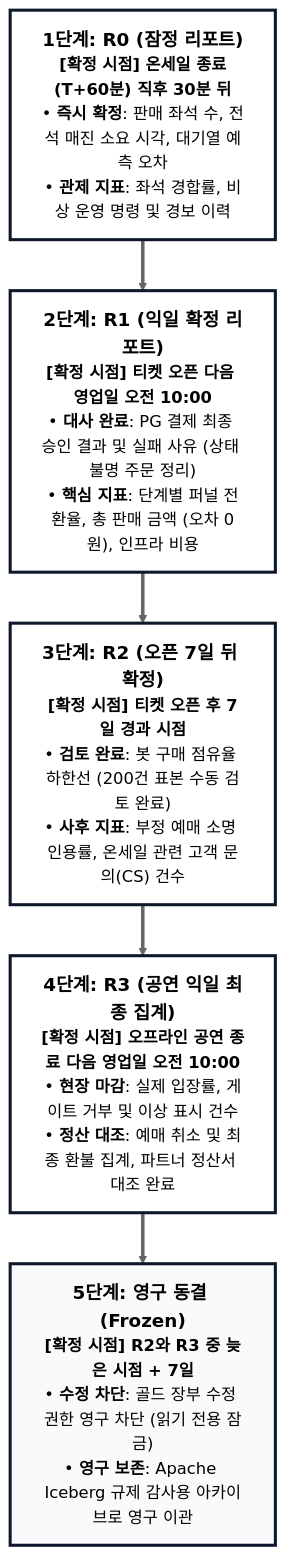
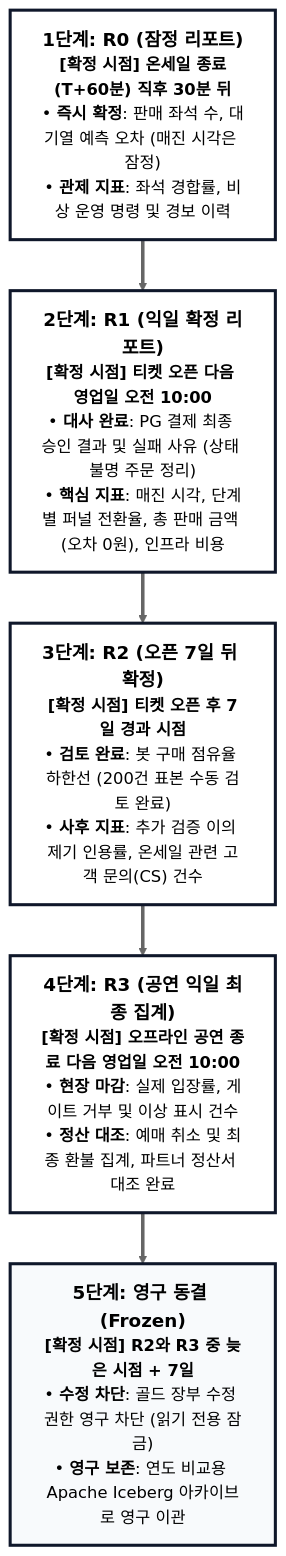
Before and after one commit to peaket/peaket: the first of 5 diagrams in guide/15-analytics-and-decisions.md, drawn with Mermaid (neutral theme). The commit also changed other lines of this file and 111 other files, not shown here.

````diff
--- a/guide/15-analytics-and-decisions.md
+++ b/guide/15-analytics-and-decisions.md
@@ -79,19 +79,19 @@
 ```mermaid
 flowchart TD
-    R0["<font size='4' color='#000000'><b>1단계: R0 (잠정 리포트)</b></font><br/><font size='3' color='#000000'><b>[확정 시점] 온세일 종료(T+60분) 직후 30분 뒤</b><br/>• <b>즉시 확정</b>: 판매 좌석 수, 전석 매진 소요 시각, 대기열 예측 오차<br/>• <b>관제 지표</b>: 좌석 경합률, 비상 운영 명령 및 경보 이력</font>"]
+    R0["<font size='4' color='#000000'><b>1단계: R0 (잠정 리포트)</b></font><br/><font size='3' color='#000000'><b>[확정 시점] 온세일 종료(T+60분) 직후 30분 뒤</b><br/>• <b>즉시 확정</b>: 판매 좌석 수, 대기열 예측 오차 (매진 시각은 잠정)<br/>• <b>관제 지표</b>: 좌석 경합률, 비상 운영 명령 및 경보 이력</font>"]
     
-    R1["<font size='4' color='#000000'><b>2단계: R1 (익일 확정 리포트)</b></font><br/><font size='3' color='#000000'><b>[확정 시점] 티켓 오픈 다음 영업일 오전 10:00</b><br/>• <b>대사 완료</b>: PG 결제 최종 승인 결과 및 실패 사유 (상태 불명 주문 정리)<br/>• <b>핵심 지표</b>: 단계별 퍼널 전환율, 총 판매 금액 (오차 0원), 인프라 비용</font>"]
+    R1["<font size='4' color='#000000'><b>2단계: R1 (익일 확정 리포트)</b></font><br/><font size='3' color='#000000'><b>[확정 시점] 티켓 오픈 다음 영업일 오전 10:00</b><br/>• <b>대사 완료</b>: PG 결제 최종 승인 결과 및 실패 사유 (상태 불명 주문 정리)<br/>• <b>핵심 지표</b>: 매진 시각, 단계별 퍼널 전환율, 총 판매 금액 (오차 0원), 인프라 비용</font>"]
     
-    R2["<font size='4' color='#000000'><b>3단계: R2 (오픈 7일 뒤 확정)</b></font><br/><font size='3' color='#000000'><b>[확정 시점] 티켓 오픈 후 7일 경과 시점</b><br/>• <b>검토 완료</b>: 봇 구매 점유율 하한선 (200건 표본 수동 검토 완료)<br/>• <b>사후 지표</b>: 부정 예매 소명 인용률, 온세일 관련 고객 문의(CS) 건수</font>"]
+    R2["<font size='4' color='#000000'><b>3단계: R2 (오픈 7일 뒤 확정)</b></font><br/><font size='3' color='#000000'><b>[확정 시점] 티켓 오픈 후 7일 경과 시점</b><br/>• <b>검토 완료</b>: 봇 구매 점유율 하한선 (200건 표본 수동 검토 완료)<br/>• <b>사후 지표</b>: 추가 검증 이의 제기 인용률, 온세일 관련 고객 문의(CS) 건수</font>"]
     
     R3["<font size='4' color='#000000'><b>4단계: R3 (공연 익일 최종 집계)</b></font><br/><font size='3' color='#000000'><b>[확정 시점] 오프라인 공연 종료 다음 영업일 오전 10:00</b><br/>• <b>현장 마감</b>: 실제 입장률, 게이트 거부 및 이상 표시 건수<br/>• <b>정산 대조</b>: 예매 취소 및 최종 환불 집계, 파트너 정산서 대조 완료</font>"]
     
-    Freeze["<font size='4' color='#000000'><b>5단계: 영구 동결 (Frozen)</b></font><br/><font size='3' color='#000000'><b>[확정 시점] R2와 R3 중 늦은 시점 + 7일</b><br/>• <b>수정 차단</b>: 골드 장부 수정 권한 영구 차단 (읽기 전용 잠금)<br/>• <b>영구 보존</b>: Apache Iceberg 규제 감사용 아카이브로 영구 이관</font>"]
+    Freeze["<font size='4' color='#000000'><b>5단계: 영구 동결 (Frozen)</b></font><br/><font size='3' color='#000000'><b>[확정 시점] R2와 R3 중 늦은 시점 + 7일</b><br/>• <b>수정 차단</b>: 골드 장부 수정 권한 영구 차단 (읽기 전용 잠금)<br/>• <b>영구 보존</b>: 연도 비교용 Apache Iceberg 아카이브로 영구 이관</font>"]
 
     R0 ==> R1 ==> R2 ==> R3 ==> Freeze
 
     classDef stage fill:#ffffff,stroke:#0f172a,stroke-width:3px,color:#000000;
     classDef freeze fill:#f8fafc,stroke:#0f172a,stroke-width:3px,color:#000000;
     class R0,R1,R2,R3 stage;
     class Freeze freeze;
 ```
````
